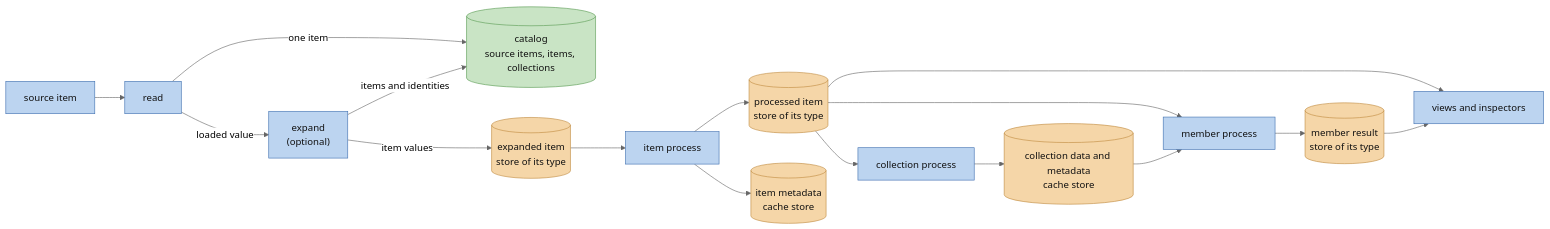
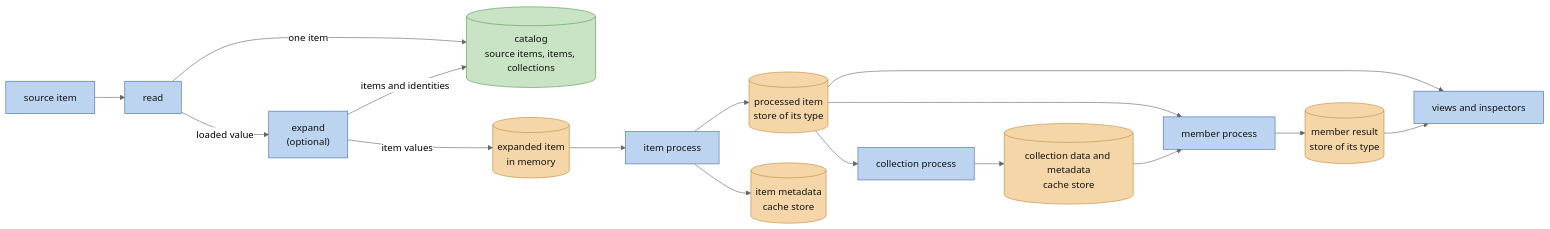
The second of 5 diagrams in docs/ARCHITECTURE.md (digiefel/DataBrowser), drawn with Mermaid (neutral theme) before and after one commit. The commit also changed other lines of this file and 3 other files, not shown here.

First line of the commit message:
Keep expanded values in workspace memory instead of the item-type store

````diff
--- a/docs/ARCHITECTURE.md
+++ b/docs/ARCHITECTURE.md
@@ -112,39 +112,39 @@
 ```mermaid
 flowchart LR
     source["source item"]
     read["read"]
     expand["expand<br/>(optional)"]
     index[("catalog<br/>source items, items, collections")]
-    expanded[("expanded item<br/>store of its type")]
+    expanded[("expanded item<br/>in memory")]
     item_process["item process"]
     processed[("processed item<br/>store of its type")]
     item_metadata[("item metadata<br/>cache store")]
     collection_process["collection process"]
     collection_payload[("collection data and metadata<br/>cache store")]
     member_process["member process"]
     member_payload[("member result<br/>store of its type")]
     views["views and inspectors"]
 
     source --> read
     read -->|"one item"| index
     read -->|"loaded value"| expand
     expand -->|"items and identities"| index
     expand -->|"item values"| expanded
     expanded --> item_process
     item_process --> processed
     item_process --> item_metadata
     processed --> collection_process
     collection_process --> collection_payload
     processed --> member_process
     collection_payload --> member_process
     member_process --> member_payload
     processed --> views
     member_payload --> views
 
     classDef stage fill:#bcd4f0,stroke:#3f6fb0,color:#111
     classDef state fill:#f5d6a8,stroke:#c08a3f,color:#111
     classDef output fill:#c9e4c5,stroke:#5a9a52,color:#111
     class source,read,expand,item_process,collection_process,member_process,views stage
     class expanded,processed,item_metadata,collection_payload,member_payload state
     class index output
 ```
````
